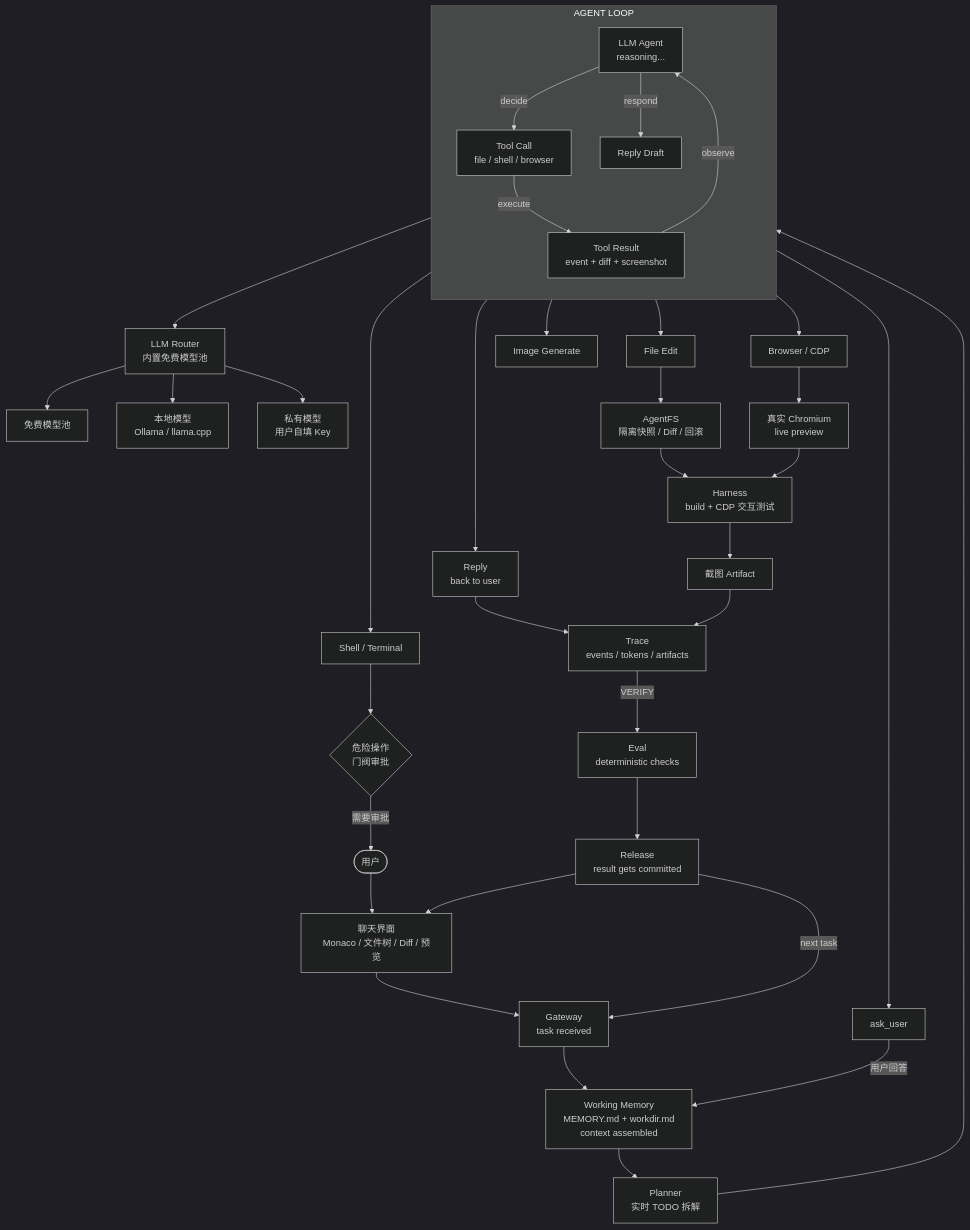
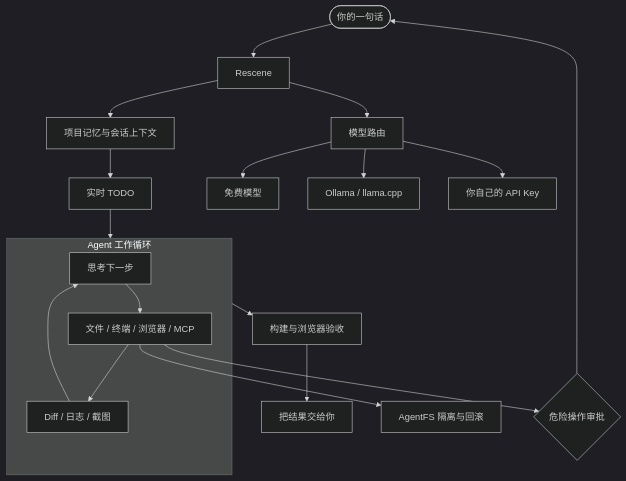
Before and after one commit to 3478556810/re0: the diagram in README.md, drawn with Mermaid (dark theme). The commit also changed other lines of this file and 1 other file, not shown here.

Commit message:
docs: let Rescene introduce the project

````diff
--- a/README.md
+++ b/README.md
@@ -140,54 +170,25 @@
 ```mermaid
 flowchart TB
-    User([用户]) --> ChatUI[聊天界面\nMonaco / 文件树 / Diff / 预览]
-    ChatUI --> Gateway[Gateway\ntask received]
+    User([你的一句话]) --> Rescene[Rescene]
+    Rescene --> Memory[项目记忆与会话上下文]
+    Memory --> Plan[实时 TODO]
+    Plan --> Loop
 
-    Gateway --> WorkingMemory[Working Memory\nMEMORY.md + workdir.md\ncontext assembled]
-    WorkingMemory --> Planner[Planner\n实时 TODO 拆解]
-    Planner --> AgentLoop
-
-    subgraph AgentLoop [AGENT LOOP]
-        direction TB
-        LLMAgent[LLM Agent\nreasoning...]
-        ToolCall[Tool Call\nfile / shell / browser]
-        ToolResult[Tool Result\nevent + diff + screenshot]
-        ReplyDraft[Reply Draft]
-
-        LLMAgent -->|decide| ToolCall
-        ToolCall -->|execute| ToolResult
-        ToolResult -->|observe| LLMAgent
-        LLMAgent -->|respond| ReplyDraft
+    subgraph Loop [Agent 工作循环]
+        Think[思考下一步] --> Tool[文件 / 终端 / 浏览器 / MCP]
+        Tool --> Evidence[Diff / 日志 / 截图]
+        Evidence --> Think
     end
 
-    ReplyDraft --> Reply[Reply\nback to user]
-    Reply --> Trace[Trace\nevents / tokens / artifacts]
+    Loop --> Verify[构建与浏览器验收]
+    Verify --> Reply[把结果交给你]
 
-    Trace -->|VERIFY| Eval[Eval\ndeterministic checks]
-    Eval --> Release[Release\nresult gets committed]
+    Rescene --> Router[模型路由]
+    Router --> Free[免费模型]
+    Router --> Local[Ollama / llama.cpp]
+    Router --> Private[你自己的 API Key]
 
-    Release --> ChatUI
-    Release -->|next task| Gateway
-
-    LLMAgent --> LLMRouter[LLM Router\n内置免费模型池]
-    LLMRouter --> FreeModels[免费模型池]
-    LLMRouter --> LocalModels[本地模型\nOllama / llama.cpp]
-    LLMRouter --> PaidModels[私有模型\n用户自填 Key]
-
-    ToolCall --> FileEdit[File Edit]
-    ToolCall --> Shell[Shell / Terminal]
-    ToolCall --> Browser[Browser / CDP]
-    ToolCall --> AskUser[ask_user]
-    ToolCall --> ImageGen[Image Generate]
-
-    FileEdit --> AgentFS[AgentFS\n隔离快照 / Diff / 回滚]
-    Shell --> DangerGate{危险操作\n门阀审批}
-    Browser --> LivePreview[真实 Chromium\nlive preview]
-
-    DangerGate -->|需要审批| User
-    AskUser -->|用户回答| WorkingMemory
-
-    AgentFS --> Harness[Harness\nbuild + CDP 交互测试]
-    LivePreview --> Harness
-    Harness --> Screenshot[截图 Artifact]
-    Screenshot --> Trace
+    Tool --> AgentFS[AgentFS 隔离与回滚]
+    Tool --> Gate{危险操作审批}
+    Gate --> User
 ```
````
